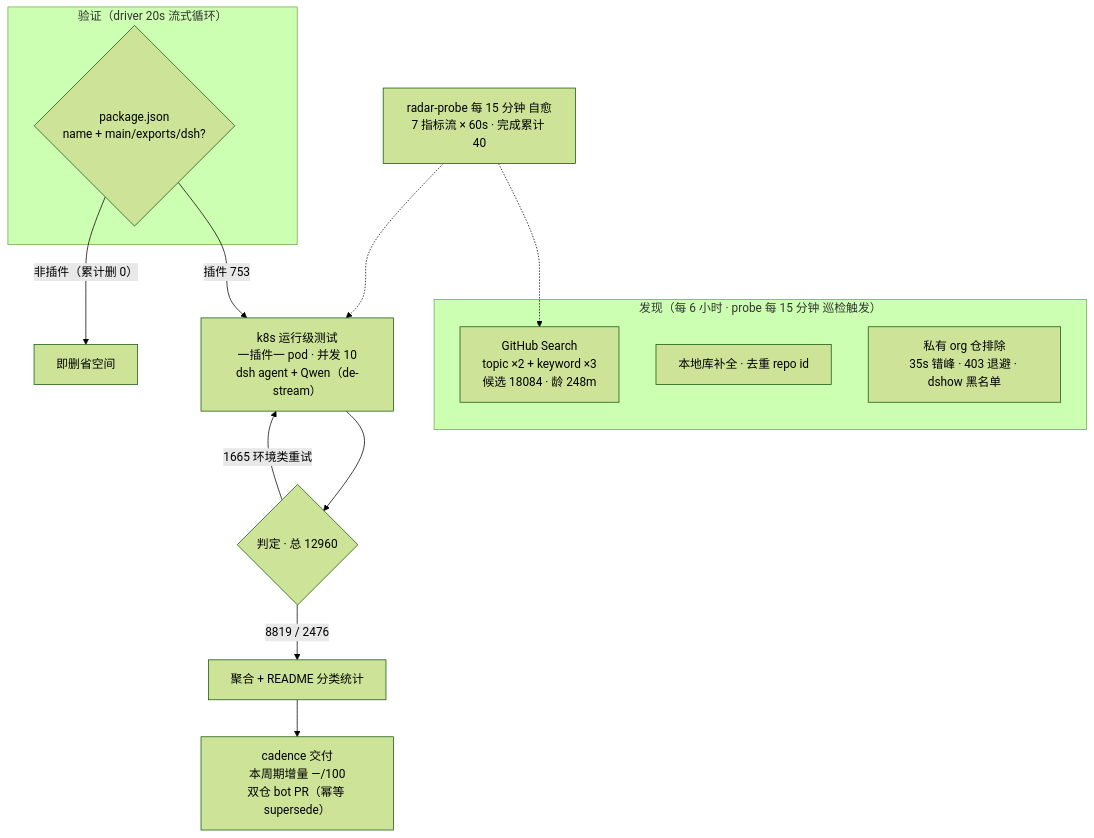
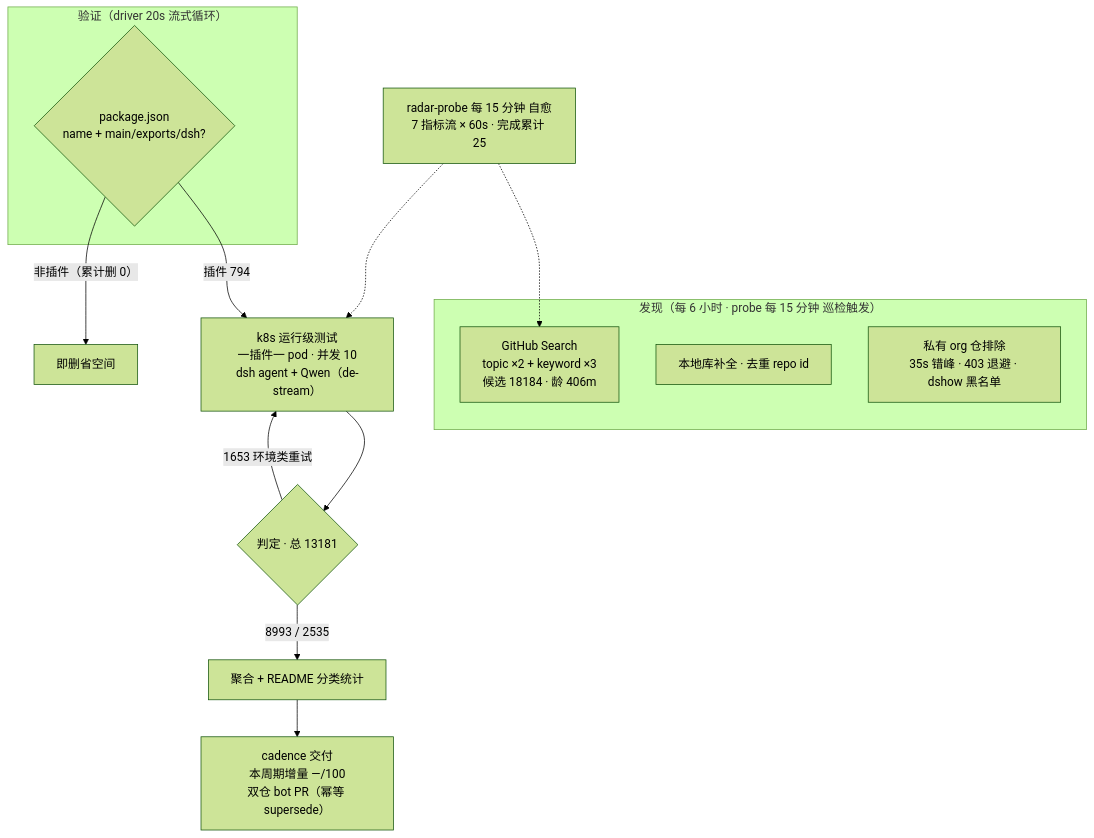
The diagram in README.md (Zhidao-Lab-OSS/awesome-dsh-plugins), drawn with Mermaid (forest theme) before and after one commit. The commit also changed other lines of this file and 1 other file, not shown here.

````diff
--- a/README.md
+++ b/README.md
@@ -52,20 +52,20 @@
 ```mermaid
 flowchart TB
     subgraph Discovery["发现（每 6 小时 · probe 每 15 分钟 巡检触发）"]
-        A1["GitHub Search<br/>topic ×2 + keyword ×3<br/>候选 18084 · 龄 248m"]
+        A1["GitHub Search<br/>topic ×2 + keyword ×3<br/>候选 18184 · 龄 406m"]
         A2["本地库补全 · 去重 repo id"]
         A3["私有 org 仓排除<br/>35s 错峰 · 403 退避 · dshow 黑名单"]
     end
     subgraph Validation["验证（driver 20s 流式循环）"]
         B1{"package.json<br/>name + main/exports/dsh?"}
     end
-    B1 -->|"插件 753"| C1["k8s 运行级测试<br/>一插件一 pod · 并发 10<br/>dsh agent + Qwen（de-stream）"]
+    B1 -->|"插件 794"| C1["k8s 运行级测试<br/>一插件一 pod · 并发 10<br/>dsh agent + Qwen（de-stream）"]
     B1 -->|"非插件（累计删 0）"| B3["即删省空间"]
-    C1 --> D1{"判定 · 总 12960"}
-    D1 -->|"8819 / 2476"| E1["聚合 + README 分类统计"]
-    D1 -->|"1665 环境类重试"| C1
+    C1 --> D1{"判定 · 总 13181"}
+    D1 -->|"8993 / 2535"| E1["聚合 + README 分类统计"]
+    D1 -->|"1653 环境类重试"| C1
     E1 --> E2["cadence 交付<br/>本周期增量 —/100<br/>双仓 bot PR（幂等 supersede）"]
-    M["radar-probe 每 15 分钟 自愈<br/>7 指标流 × 60s · 完成累计 40"]
+    M["radar-probe 每 15 分钟 自愈<br/>7 指标流 × 60s · 完成累计 25"]
     M -.-> A1
     M -.-> C1
 ```
````
